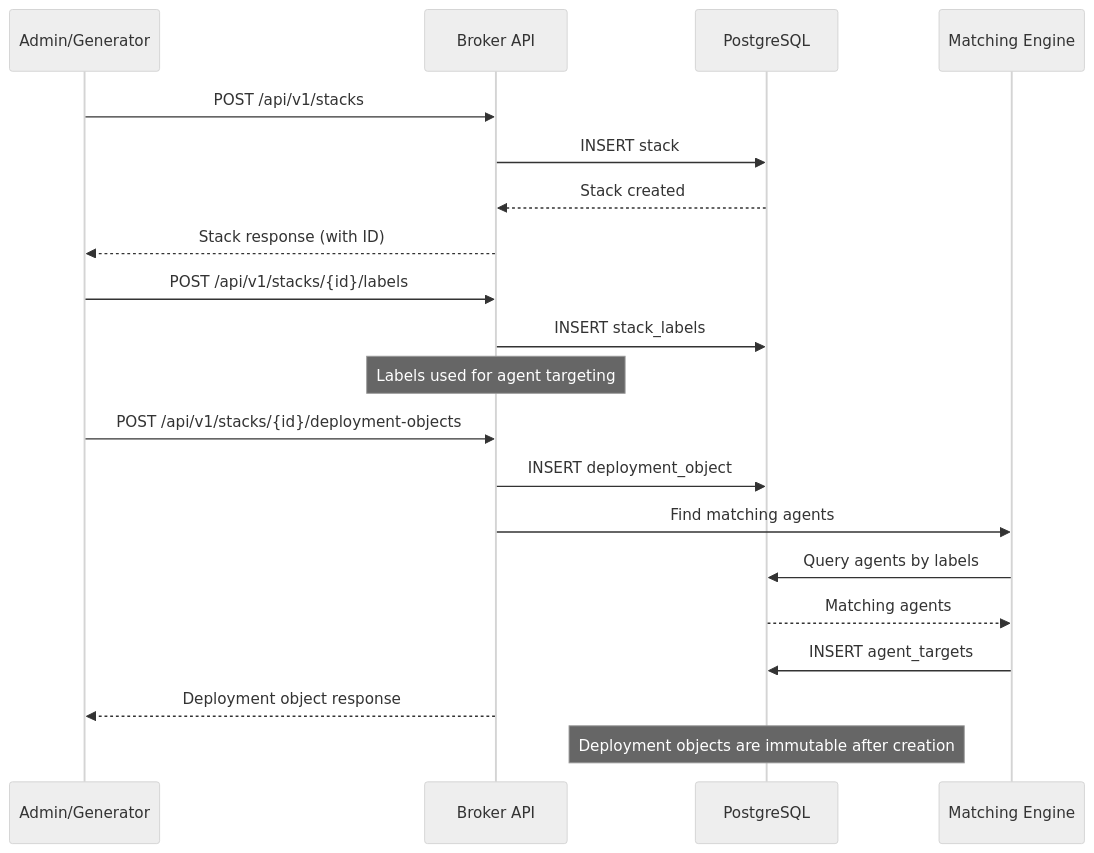
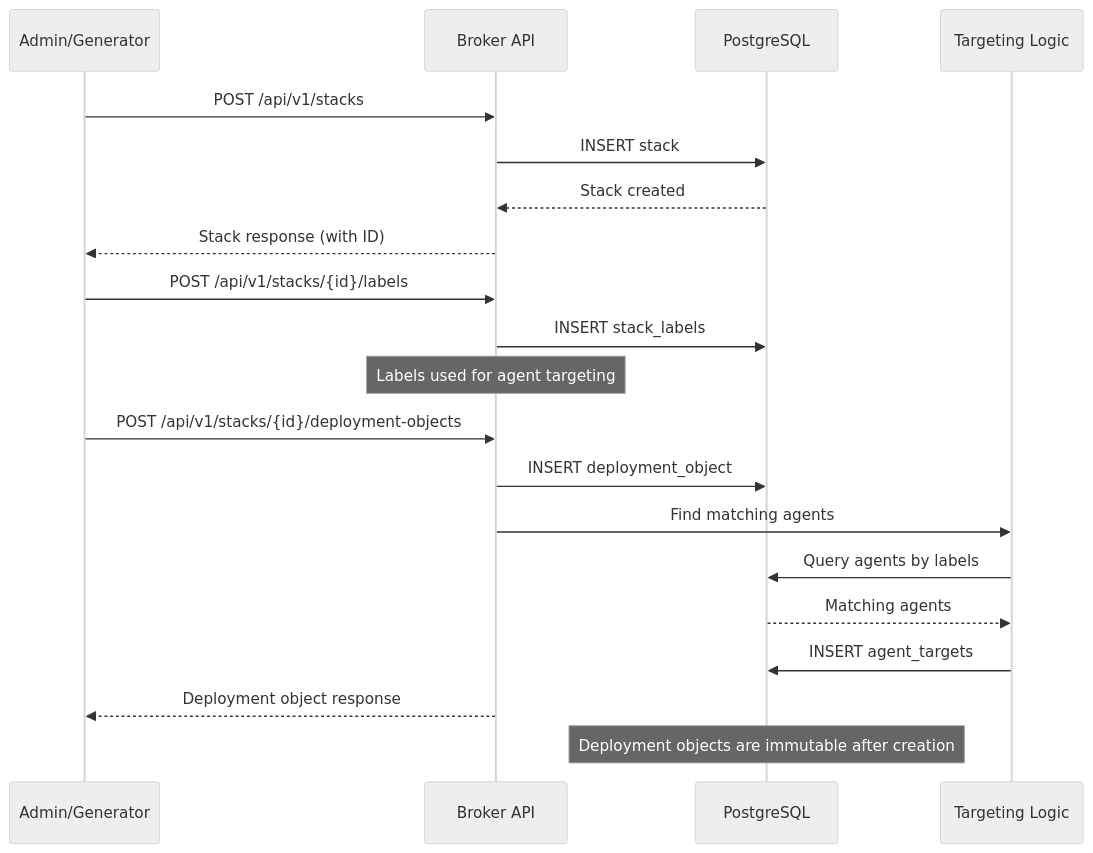
One commit to colliery-io/brokkr changed the first of 10 diagrams in docs/content/explanation/data-flows.md. Above: the diagram before and after it, drawn with Mermaid (neutral theme). The commit also changed other lines of this file and 28 other files, not shown here.

```diff
--- a/docs/content/explanation/data-flows.md
+++ b/docs/content/explanation/data-flows.md
@@ -16,26 +18,26 @@
 {{< mermaid >}}
 sequenceDiagram
     participant Client as Admin/Generator
     participant Broker as Broker API
     participant DB as PostgreSQL
-    participant Match as Matching Engine
+    participant Match as Targeting Logic
 
     Client->>Broker: POST /api/v1/stacks
     Broker->>DB: INSERT stack
     DB-->>Broker: Stack created
     Broker-->>Client: Stack response (with ID)
 
     Client->>Broker: POST /api/v1/stacks/{id}/labels
     Broker->>DB: INSERT stack_labels
     Note over Broker: Labels used for agent targeting
 
     Client->>Broker: POST /api/v1/stacks/{id}/deployment-objects
     Broker->>DB: INSERT deployment_object
     Broker->>Match: Find matching agents
     Match->>DB: Query agents by labels
     DB-->>Match: Matching agents
     Match->>DB: INSERT agent_targets
     Broker-->>Client: Deployment object response
 
     Note over DB: Deployment objects are immutable after creation
 {{< /mermaid >}}
```
